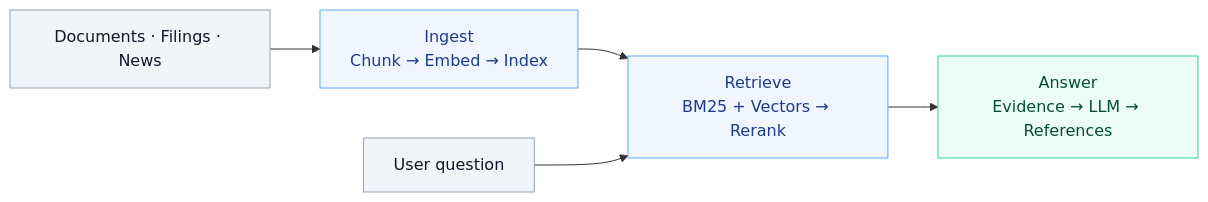
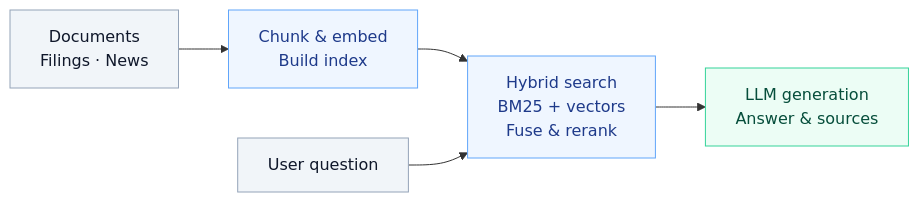
One commit to yang12345670/DeepSearch-Agent changed the diagram in README.en.md. Above: the diagram before and after it, drawn with Mermaid. The commit also changed 1 other file, not shown here.

Commit message:
docs: tighten workflow diagram labels

````diff
--- a/README.en.md
+++ b/README.en.md
@@ -39,14 +39,14 @@
 ```mermaid
 flowchart LR
-    S["Documents · Filings · News"] --> I["Ingest<br/>Chunk → Embed → Index"]
-    I --> R["Retrieve<br/>BM25 + Vectors → Rerank"]
+    S["Documents<br/>Filings · News"] --> I["Chunk & embed<br/>Build index"]
+    I --> R["Hybrid search<br/>BM25 + vectors<br/>Fuse & rerank"]
     Q["User question"] --> R
-    R --> A["Answer<br/>Evidence → LLM → References"]
+    R --> A["LLM generation<br/>Answer & sources"]
 
     classDef input fill:#f1f5f9,stroke:#94a3b8,color:#0f172a
     classDef process fill:#eff6ff,stroke:#60a5fa,color:#1e3a8a
     classDef output fill:#ecfdf5,stroke:#34d399,color:#064e3b
     class S,Q input
     class I,R process
     class A output
 ```
````
